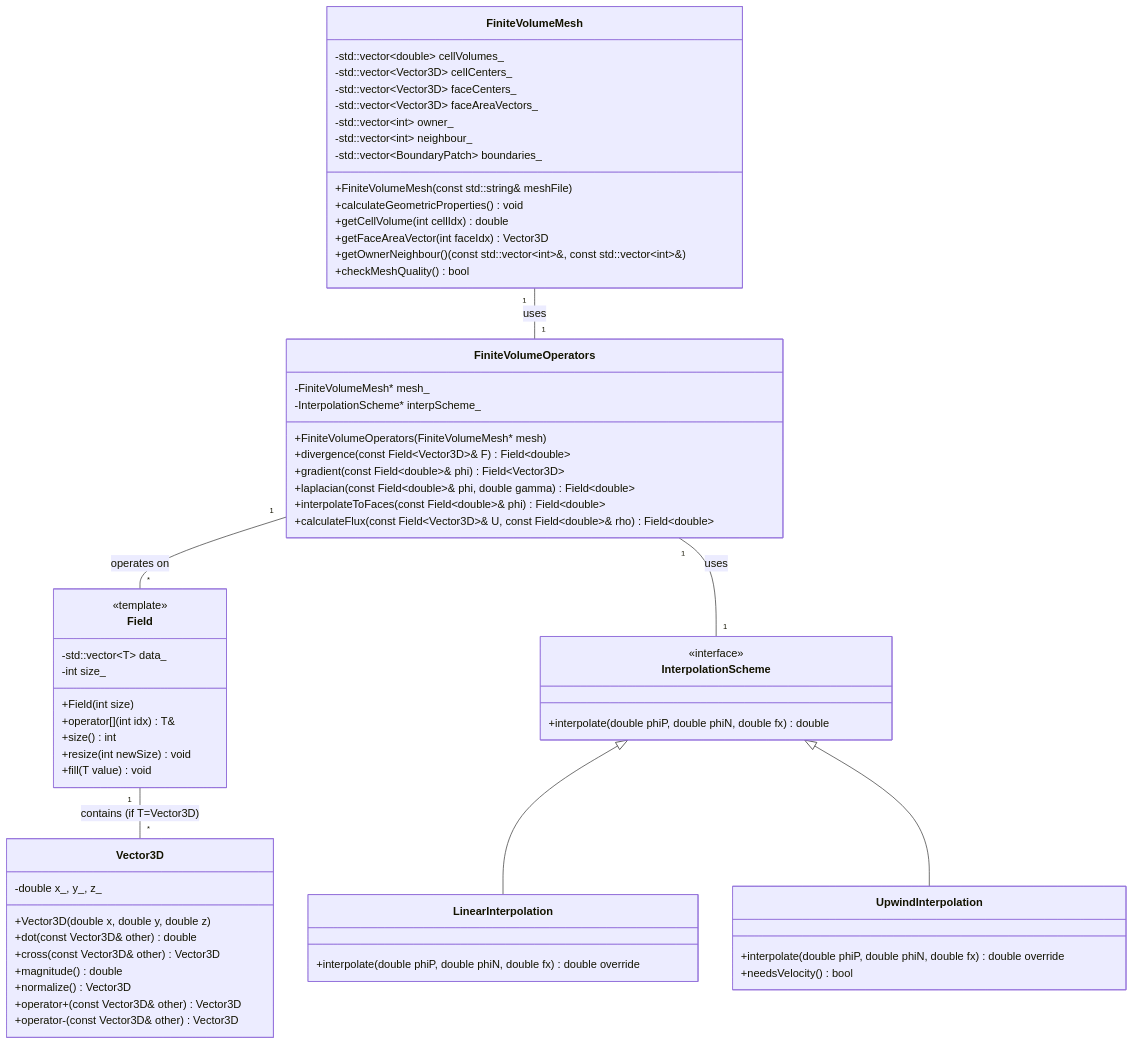
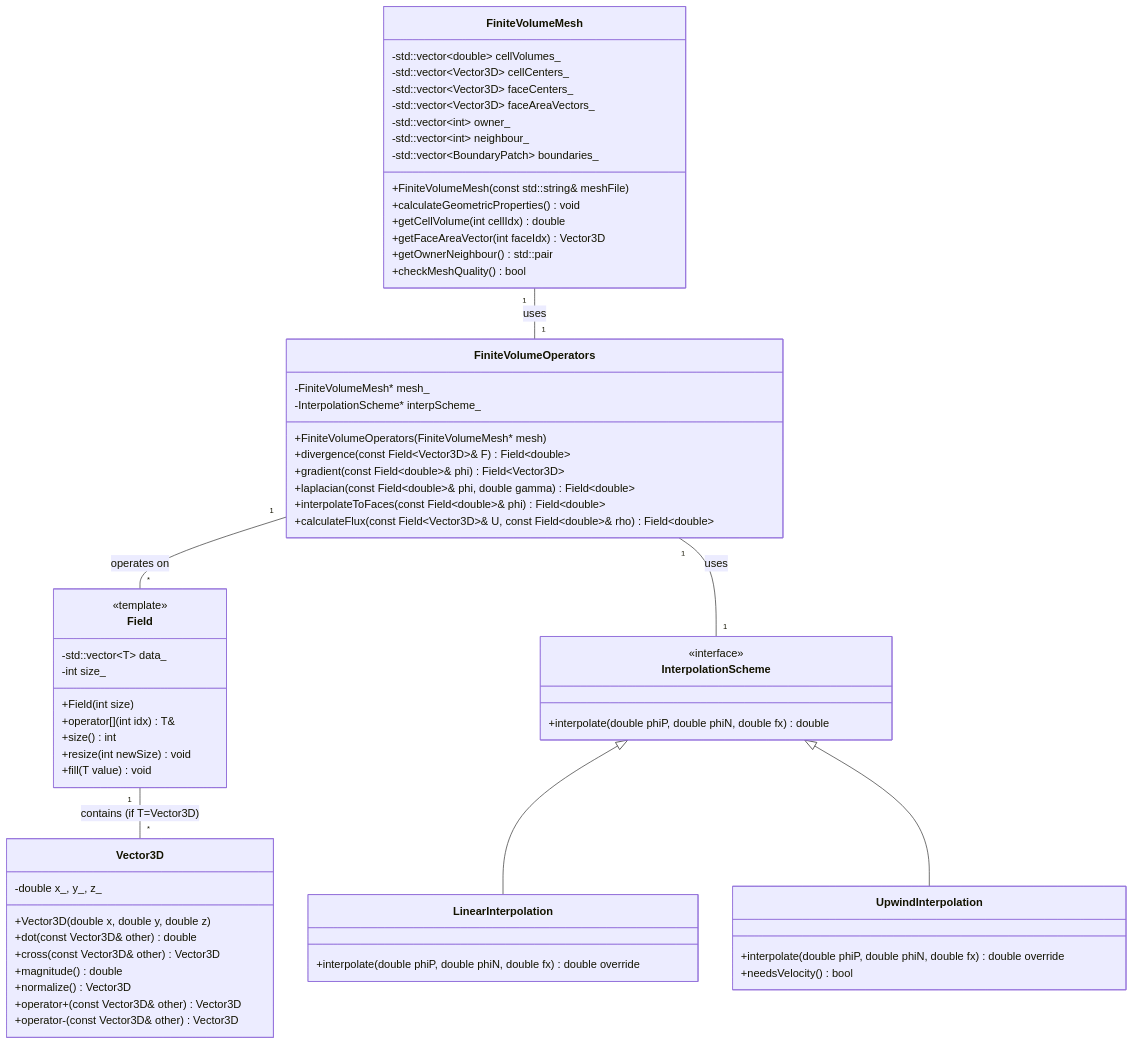
One commit to wramet/build-my-cfd changed the diagram in daily_learning/2026-01-02.md. Above: the diagram before and after it, drawn with Mermaid. The commit also changed other lines of this file and 11 other files, not shown here.

````diff
--- a/daily_learning/2026-01-02.md
+++ b/daily_learning/2026-01-02.md
@@ -431,72 +431,72 @@
 ```mermaid
 classDiagram
     class FiniteVolumeMesh {
         -std::vector~double~ cellVolumes_
         -std::vector~Vector3D~ cellCenters_
         -std::vector~Vector3D~ faceCenters_
         -std::vector~Vector3D~ faceAreaVectors_
         -std::vector~int~ owner_
         -std::vector~int~ neighbour_
         -std::vector~BoundaryPatch~ boundaries_
         +FiniteVolumeMesh(const std::string& meshFile)
         +calculateGeometricProperties() void
         +getCellVolume(int cellIdx) double
         +getFaceAreaVector(int faceIdx) Vector3D
-        +getOwnerNeighbour() (const std::vector~int~&, const std::vector~int~&)
+        +getOwnerNeighbour() std::pair
         +checkMeshQuality() bool
     }
     
     class FiniteVolumeOperators {
         -FiniteVolumeMesh* mesh_
         -InterpolationScheme* interpScheme_
         +FiniteVolumeOperators(FiniteVolumeMesh* mesh)
         +divergence(const Field~Vector3D~& F) Field~double~
         +gradient(const Field~double~& phi) Field~Vector3D~
         +laplacian(const Field~double~& phi, double gamma) Field~double~
         +interpolateToFaces(const Field~double~& phi) Field~double~
         +calculateFlux(const Field~Vector3D~& U, const Field~double~& rho) Field~double~
     }
     
     class Field {
         <<template>>
         -std::vector~T~ data_
         -int size_
         +Field(int size)
         +operator[](int idx) T&
         +size() int
         +resize(int newSize) void
         +fill(T value) void
     }
     
     class Vector3D {
         -double x_, y_, z_
         +Vector3D(double x, double y, double z)
         +dot(const Vector3D& other) double
         +cross(const Vector3D& other) Vector3D
         +magnitude() double
         +normalize() Vector3D
         +operator+(const Vector3D& other) Vector3D
         +operator-(const Vector3D& other) Vector3D
     }
     
     class InterpolationScheme {
         <<interface>>
         +interpolate(double phiP, double phiN, double fx) double
     }
     
     class LinearInterpolation {
         +interpolate(double phiP, double phiN, double fx) double override
     }
     
     class UpwindInterpolation {
         +interpolate(double phiP, double phiN, double fx) double override
         +needsVelocity() bool
     }
     
     FiniteVolumeMesh "1" -- "1" FiniteVolumeOperators : uses
     FiniteVolumeOperators "1" -- "*" Field : operates on
     FiniteVolumeOperators "1" -- "1" InterpolationScheme : uses
     InterpolationScheme <|-- LinearInterpolation
     InterpolationScheme <|-- UpwindInterpolation
     Field "1" -- "*" Vector3D : contains (if T=Vector3D)
 ```
````
